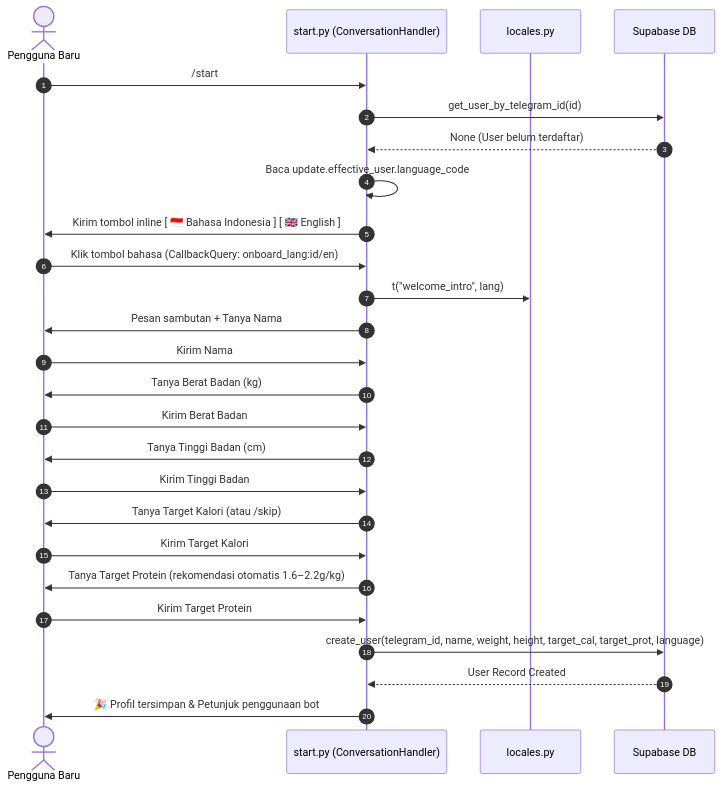
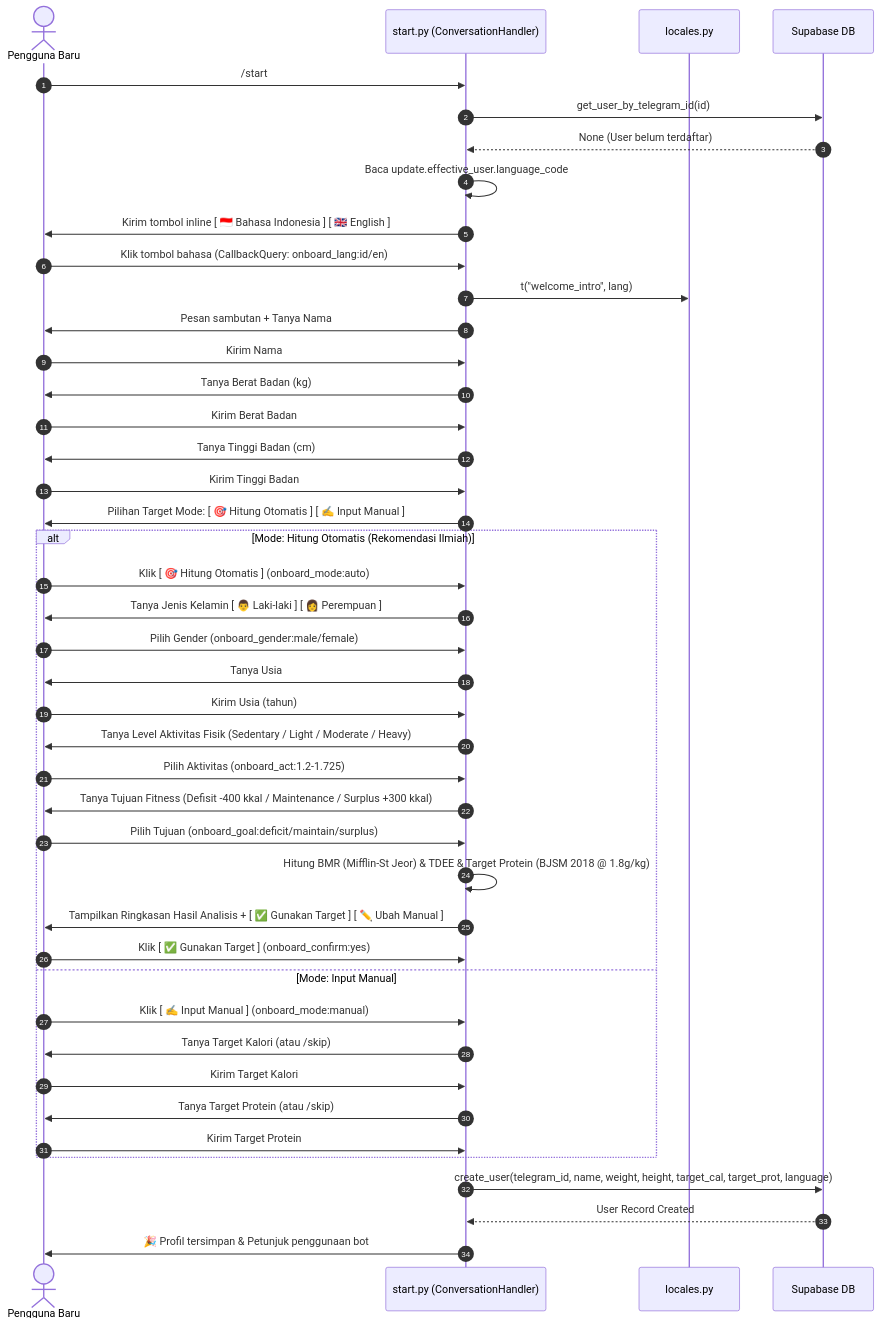
Before and after one commit to daffafahrizi/CountYourCalories: the third of 6 diagrams in docs/ARCHITECTURE.md, drawn with Mermaid. The commit also changed other lines of this file and 5 other files, not shown here.

````diff
--- a/docs/ARCHITECTURE.md
+++ b/docs/ARCHITECTURE.md
@@ -150,35 +150,52 @@
 ```mermaid
 sequenceDiagram
     autonumber
     actor User as Pengguna Baru
     participant Start as start.py (ConversationHandler)
     participant Locales as locales.py
     participant DB as Supabase DB
 
     User->>Start: /start
     Start->>DB: get_user_by_telegram_id(id)
     DB-->>Start: None (User belum terdaftar)
     Start->>Start: Baca update.effective_user.language_code
     Start->>User: Kirim tombol inline [ 🇮🇩 Bahasa Indonesia ] [ 🇬🇧 English ]
     
     User->>Start: Klik tombol bahasa (CallbackQuery: onboard_lang:id/en)
     Start->>Locales: t("welcome_intro", lang)
     Start->>User: Pesan sambutan + Tanya Nama
     
     User->>Start: Kirim Nama
     Start->>User: Tanya Berat Badan (kg)
     
     User->>Start: Kirim Berat Badan
     Start->>User: Tanya Tinggi Badan (cm)
     
     User->>Start: Kirim Tinggi Badan
-    Start->>User: Tanya Target Kalori (atau /skip)
+    Start->>User: Pilihan Target Mode: [ 🎯 Hitung Otomatis ] [ ✍️ Input Manual ]
     
-    User->>Start: Kirim Target Kalori
-    Start->>User: Tanya Target Protein (rekomendasi otomatis 1.6–2.2g/kg)
+    alt Mode: Hitung Otomatis (Rekomendasi Ilmiah)
+        User->>Start: Klik [ 🎯 Hitung Otomatis ] (onboard_mode:auto)
+        Start->>User: Tanya Jenis Kelamin [ 👨 Laki-laki ] [ 👩 Perempuan ]
+        User->>Start: Pilih Gender (onboard_gender:male/female)
+        Start->>User: Tanya Usia
+        User->>Start: Kirim Usia (tahun)
+        Start->>User: Tanya Level Aktivitas Fisik (Sedentary / Light / Moderate / Heavy)
+        User->>Start: Pilih Aktivitas (onboard_act:1.2-1.725)
+        Start->>User: Tanya Tujuan Fitness (Defisit -400 kkal / Maintenance / Surplus +300 kkal)
+        User->>Start: Pilih Tujuan (onboard_goal:deficit/maintain/surplus)
+        Start->>Start: Hitung BMR (Mifflin-St Jeor) & TDEE & Target Protein (BJSM 2018 @ 1.8g/kg)
+        Start->>User: Tampilkan Ringkasan Hasil Analisis + [ ✅ Gunakan Target ] [ ✏️ Ubah Manual ]
+        User->>Start: Klik [ ✅ Gunakan Target ] (onboard_confirm:yes)
+    else Mode: Input Manual
+        User->>Start: Klik [ ✍️ Input Manual ] (onboard_mode:manual)
+        Start->>User: Tanya Target Kalori (atau /skip)
+        User->>Start: Kirim Target Kalori
+        Start->>User: Tanya Target Protein (atau /skip)
+        User->>Start: Kirim Target Protein
+    end
     
-    User->>Start: Kirim Target Protein
     Start->>DB: create_user(telegram_id, name, weight, height, target_cal, target_prot, language)
     DB-->>Start: User Record Created
     Start->>User: 🎉 Profil tersimpan & Petunjuk penggunaan bot
 ```
````
